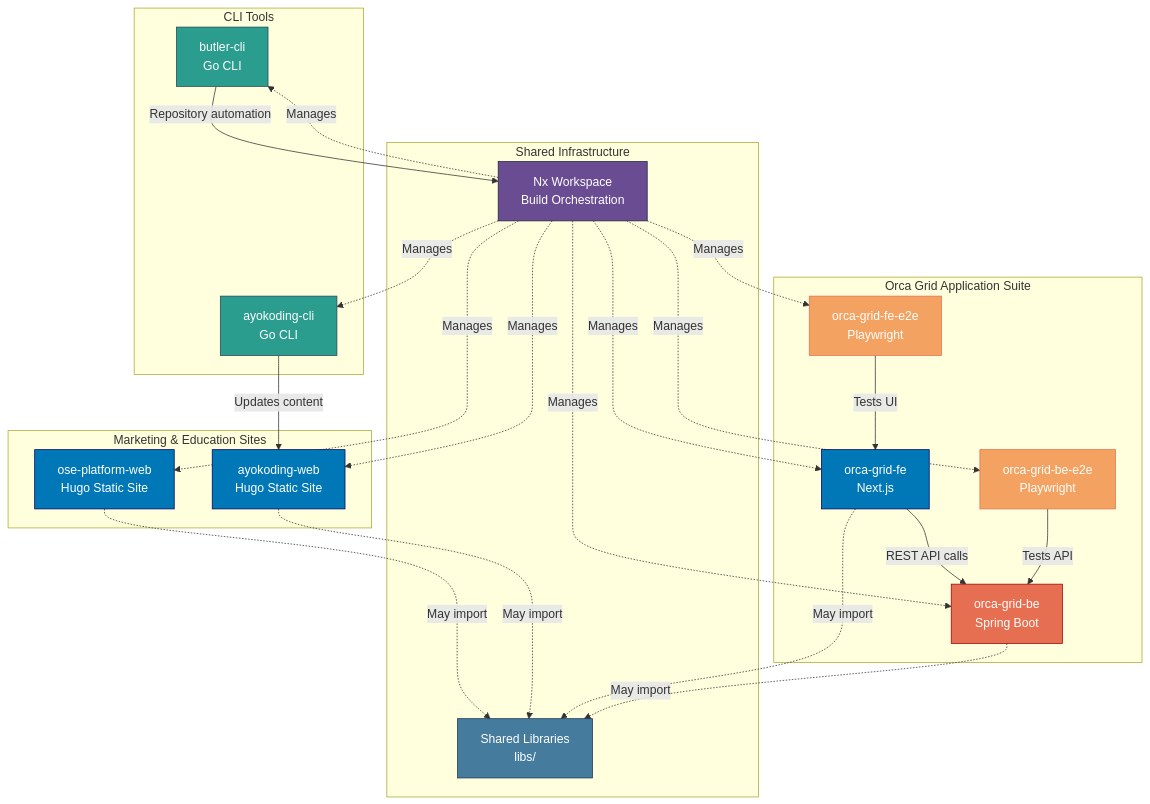
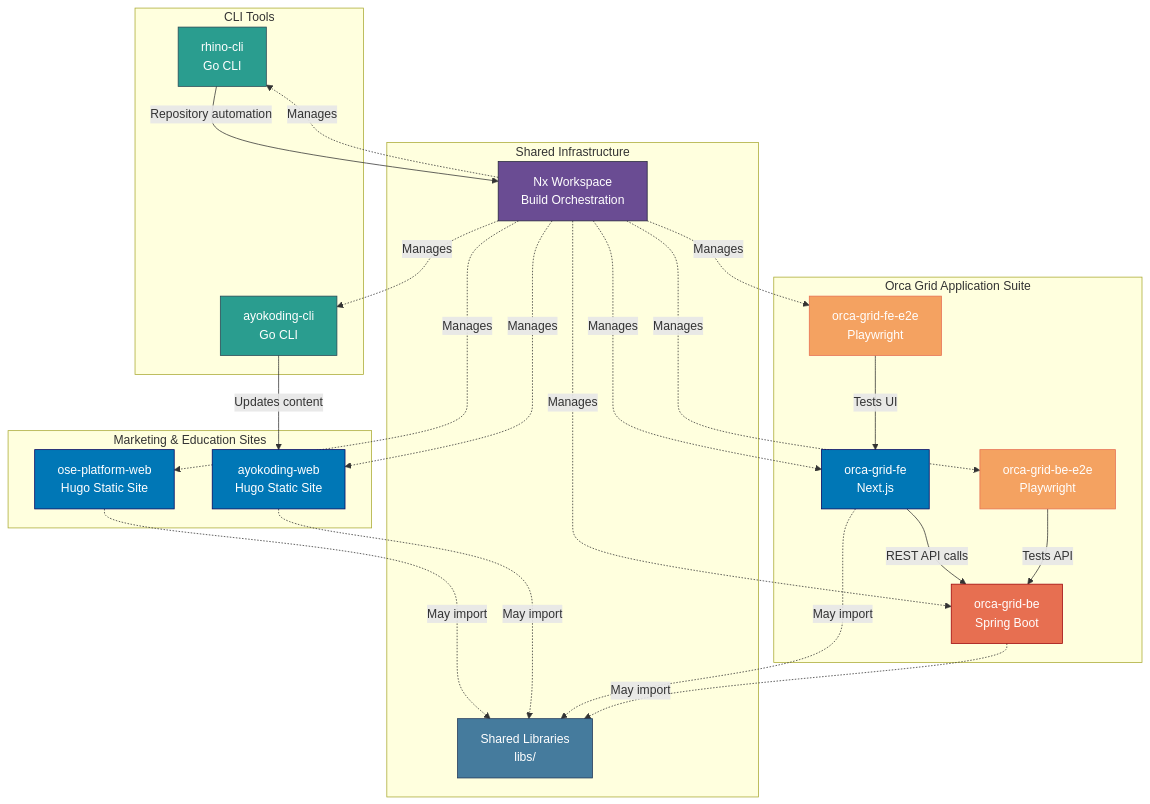
Before and after one commit to wahidyankf/open-sharia-enterprise: the second of 21 diagrams in docs/reference/re__system-architecture.md, drawn with Mermaid. The commit also changed other lines of this file and 27 other files, not shown here.

First line of the commit message:
refactor: rename butler-cli to rhino-cli (Repository Hygiene & INtegration Orchestrator)

````diff
--- a/docs/reference/re__system-architecture.md
+++ b/docs/reference/re__system-architecture.md
@@ -204,56 +204,56 @@
 ```mermaid
 graph TB
     subgraph "Marketing & Education Sites"
         OSE[ose-platform-web<br/>Hugo Static Site]
         AYO[ayokoding-web<br/>Hugo Static Site]
     end
 
     subgraph "Orca Grid Application Suite"
         ORCA_GRID_FE[orca-grid-fe<br/>Next.js]
         ORCA_GRID_BE[orca-grid-be<br/>Spring Boot]
         ORCA_GRID_FE_E2E[orca-grid-fe-e2e<br/>Playwright]
         ORCA_GRID_BE_E2E[orca-grid-be-e2e<br/>Playwright]
     end
 
     subgraph "CLI Tools"
         AYOCLI[ayokoding-cli<br/>Go CLI]
-        BUTLER[butler-cli<br/>Go CLI]
+        RHINO[rhino-cli<br/>Go CLI]
     end
 
     subgraph "Shared Infrastructure"
         NX[Nx Workspace<br/>Build Orchestration]
         LIBS[Shared Libraries<br/>libs/]
     end
 
     AYOCLI -->|Updates content| AYO
-    BUTLER -->|Repository automation| NX
+    RHINO -->|Repository automation| NX
 
     ORCA_GRID_FE -->|REST API calls| ORCA_GRID_BE
     ORCA_GRID_FE_E2E -->|Tests UI| ORCA_GRID_FE
     ORCA_GRID_BE_E2E -->|Tests API| ORCA_GRID_BE
 
     NX -.->|Manages| OSE
     NX -.->|Manages| AYO
     NX -.->|Manages| AYOCLI
-    NX -.->|Manages| BUTLER
+    NX -.->|Manages| RHINO
     NX -.->|Manages| ORCA_GRID_FE
     NX -.->|Manages| ORCA_GRID_BE
     NX -.->|Manages| ORCA_GRID_FE_E2E
     NX -.->|Manages| ORCA_GRID_BE_E2E
 
     OSE -.->|May import| LIBS
     AYO -.->|May import| LIBS
     ORCA_GRID_FE -.->|May import| LIBS
     ORCA_GRID_BE -.->|May import| LIBS
 
     style OSE fill:#0077b6,stroke:#03045e,color:#ffffff
     style AYO fill:#0077b6,stroke:#03045e,color:#ffffff
     style ORCA_GRID_FE fill:#0077b6,stroke:#03045e,color:#ffffff
     style ORCA_GRID_BE fill:#e76f51,stroke:#9d0208,color:#ffffff
     style ORCA_GRID_FE_E2E fill:#f4a261,stroke:#e76f51,color:#ffffff
     style ORCA_GRID_BE_E2E fill:#f4a261,stroke:#e76f51,color:#ffffff
     style AYOCLI fill:#2a9d8f,stroke:#264653,color:#ffffff
-    style BUTLER fill:#2a9d8f,stroke:#264653,color:#ffffff
+    style RHINO fill:#2a9d8f,stroke:#264653,color:#ffffff
     style NX fill:#6a4c93,stroke:#22223b,color:#ffffff
     style LIBS fill:#457b9d,stroke:#1d3557,color:#ffffff
 ```
````
